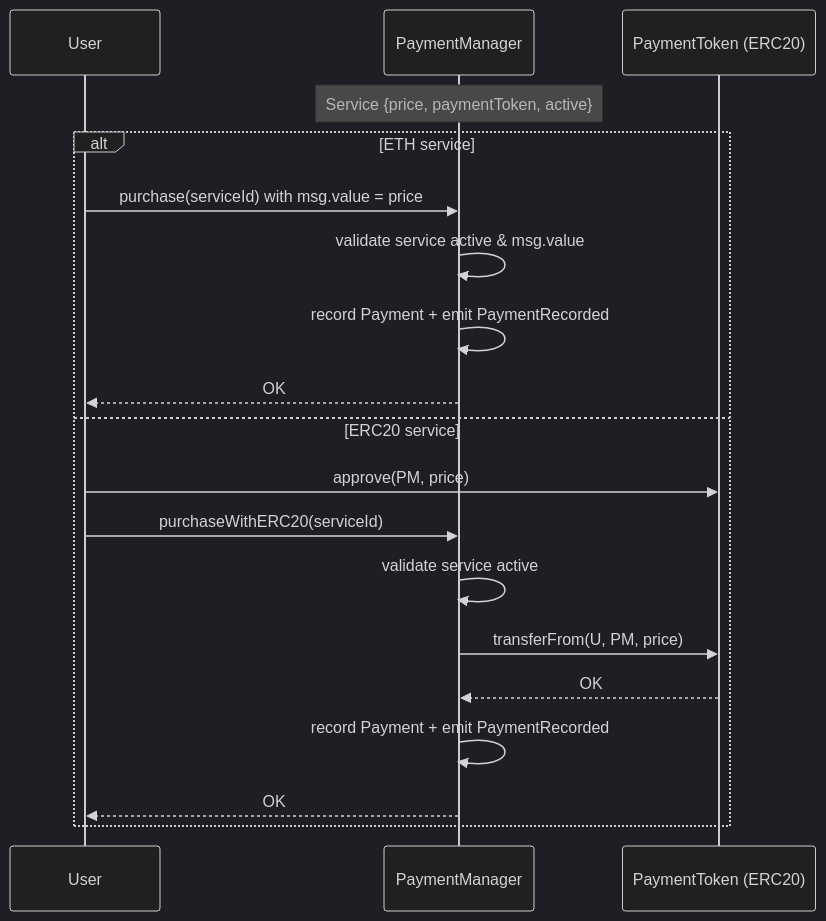
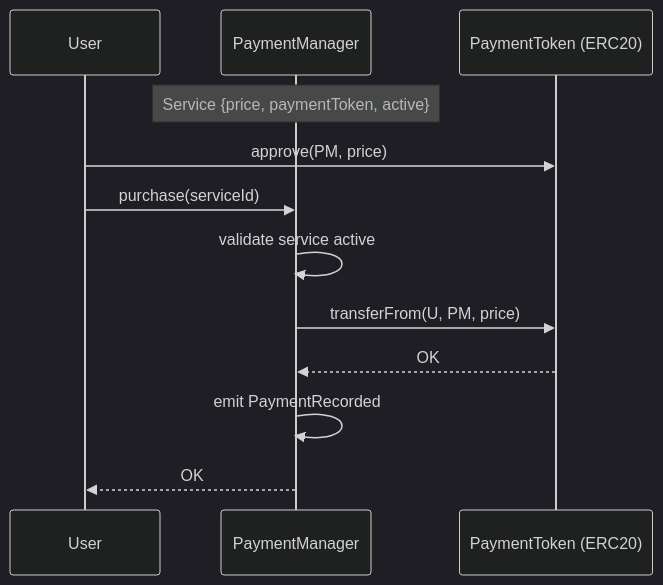
The second of 4 diagrams in PaymentManager-TechnicalSpec.md (PerpetualOrganizationArchitect/POP), drawn with Mermaid (dark theme) before and after one commit. The commit also changed other lines of this file, not shown here.

First line of the commit message:
Simplify PaymentManager spec: ERC-20 only, Executor-controlled

````diff
--- a/PaymentManager-TechnicalSpec.md
+++ b/PaymentManager-TechnicalSpec.md
@@ -217,22 +195,15 @@
 ```mermaid
 sequenceDiagram
     participant U as User
     participant PM as PaymentManager
     participant PT as PaymentToken (ERC20)
     Note over PM: Service {price, paymentToken, active}
 
-    alt ETH service
-      U->>PM: purchase(serviceId) with msg.value = price
-      PM->>PM: validate service active & msg.value
-      PM->>PM: record Payment + emit PaymentRecorded
-      PM-->>U: OK
-    else ERC20 service
-      U->>PT: approve(PM, price)
-      U->>PM: purchaseWithERC20(serviceId)
-      PM->>PM: validate service active
-      PM->>PT: transferFrom(U, PM, price)
-      PT-->>PM: OK
-      PM->>PM: record Payment + emit PaymentRecorded
-      PM-->>U: OK
-    end
+    U->>PT: approve(PM, price)
+    U->>PM: purchase(serviceId)
+    PM->>PM: validate service active
+    PM->>PT: transferFrom(U, PM, price)
+    PT-->>PM: OK
+    PM->>PM: emit PaymentRecorded
+    PM-->>U: OK
 ```
````
